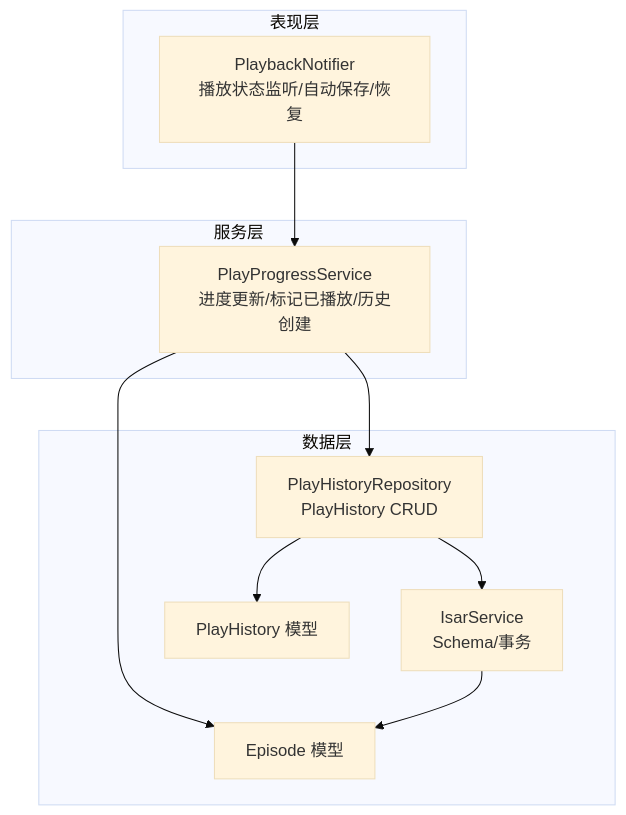
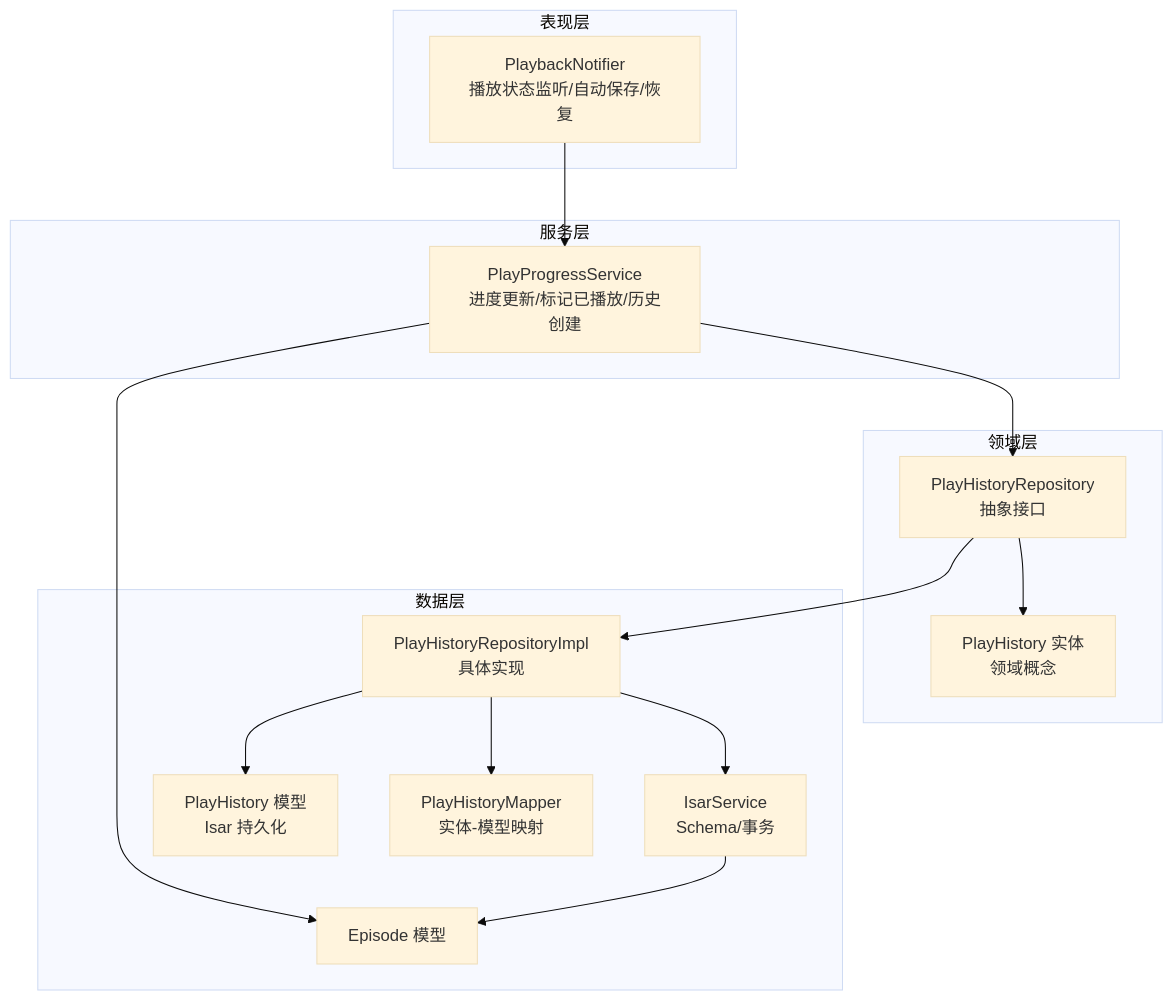
One commit to ZTfer/Tinycast changed the first of 6 diagrams in .qoder/repowiki/zh/content/核心功能模块/音频播放系统/播放进度跟踪.md. Above: the diagram before and after it, drawn with Mermaid (base theme). The commit also changed other lines of this file and 187 other files, not shown here.

````diff
--- a/.qoder/repowiki/zh/content/核心功能模块/音频播放系统/播放进度跟踪.md
+++ b/.qoder/repowiki/zh/content/核心功能模块/音频播放系统/播放进度跟踪.md
@@ -36,21 +47,29 @@
 ```mermaid
 graph TB
 subgraph "表现层"
 BP["PlaybackNotifier<br/>播放状态监听/自动保存/恢复"]
 end
 subgraph "服务层"
 PPS["PlayProgressService<br/>进度更新/标记已播放/历史创建"]
 end
+subgraph "领域层"
+PHR["PlayHistoryRepository<br/>抽象接口"]
+PHE["PlayHistory 实体<br/>领域概念"]
+end
 subgraph "数据层"
-PHR["PlayHistoryRepository<br/>PlayHistory CRUD"]
+PHRI["PlayHistoryRepositoryImpl<br/>具体实现"]
 ISAR["IsarService<br/>Schema/事务"]
-MODEL_PH["PlayHistory 模型"]
+MODEL_PH["PlayHistory 模型<br/>Isar 持久化"]
 MODEL_EP["Episode 模型"]
+MAPPER["PlayHistoryMapper<br/>实体-模型映射"]
 end
 BP --> PPS
 PPS --> PHR
-PHR --> ISAR
-PHR --> MODEL_PH
+PHR --> PHRI
+PHRI --> ISAR
+PHRI --> MODEL_PH
+PHRI --> MAPPER
 PPS --> MODEL_EP
+PHR --> PHE
 ISAR --> MODEL_EP
 ```
````
